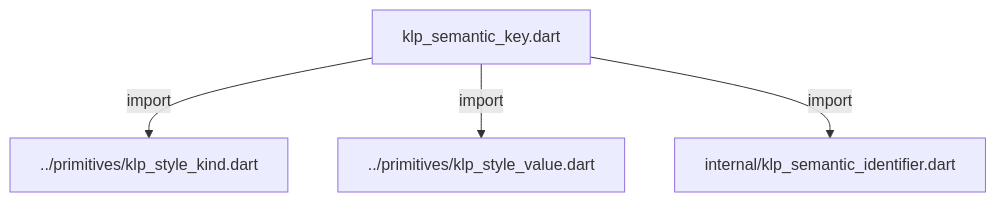
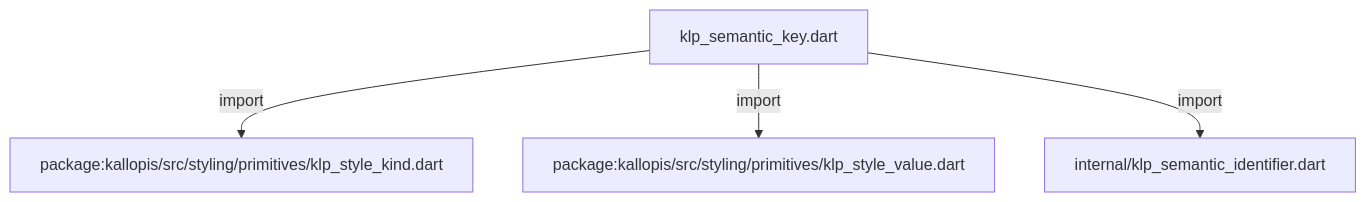
One commit to MiuDog/Kallopis changed the first of 2 diagrams in docs/architecture/src/styling/semantics/klp_semantic_key.md. Above: the diagram before and after it, drawn with Mermaid. The commit also changed other lines of this file and 9688 other files, not shown here.

Commit message:
Prepare isolated Flow F2 peer baseline

````diff
--- a/docs/architecture/src/styling/semantics/klp_semantic_key.md
+++ b/docs/architecture/src/styling/semantics/klp_semantic_key.md
@@ -11,10 +11,10 @@
 ```mermaid
 flowchart TD
 	n0["klp_semantic_key.dart"]
-	n1["../primitives/klp_style_kind.dart"]
-	n2["../primitives/klp_style_value.dart"]
+	n1["package:kallopis/src/styling/primitives/klp_style_kind.dart"]
+	n2["package:kallopis/src/styling/primitives/klp_style_value.dart"]
 	n3["internal/klp_semantic_identifier.dart"]
 	n0 -->|"import"| n1
 	n0 -->|"import"| n2
 	n0 -->|"import"| n3
 ```
````
